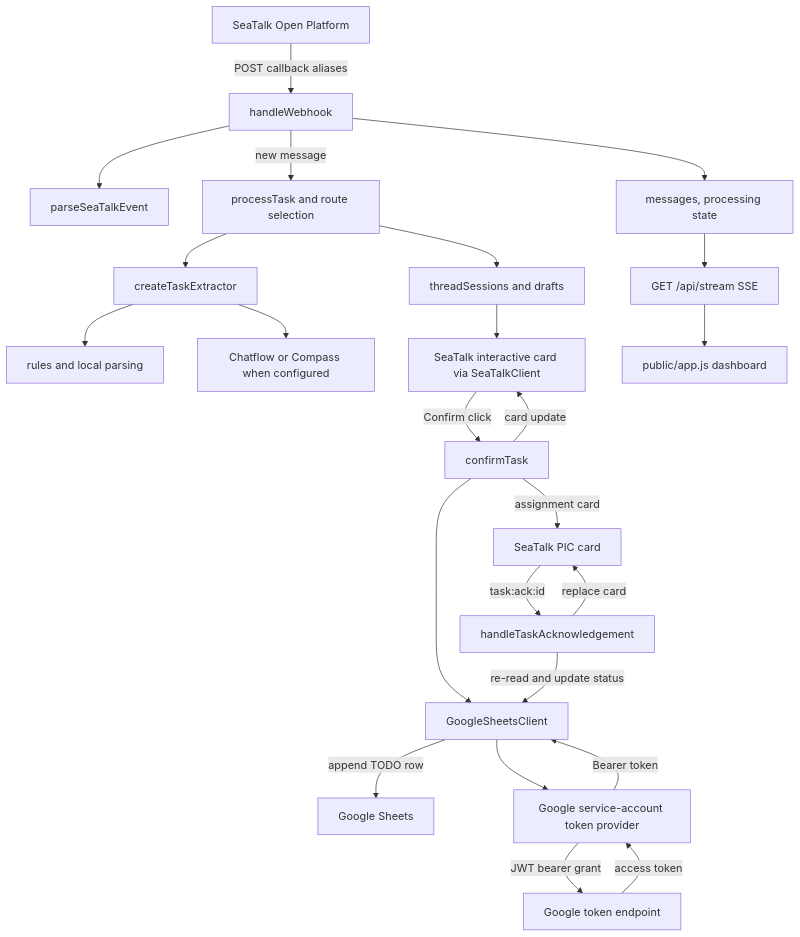
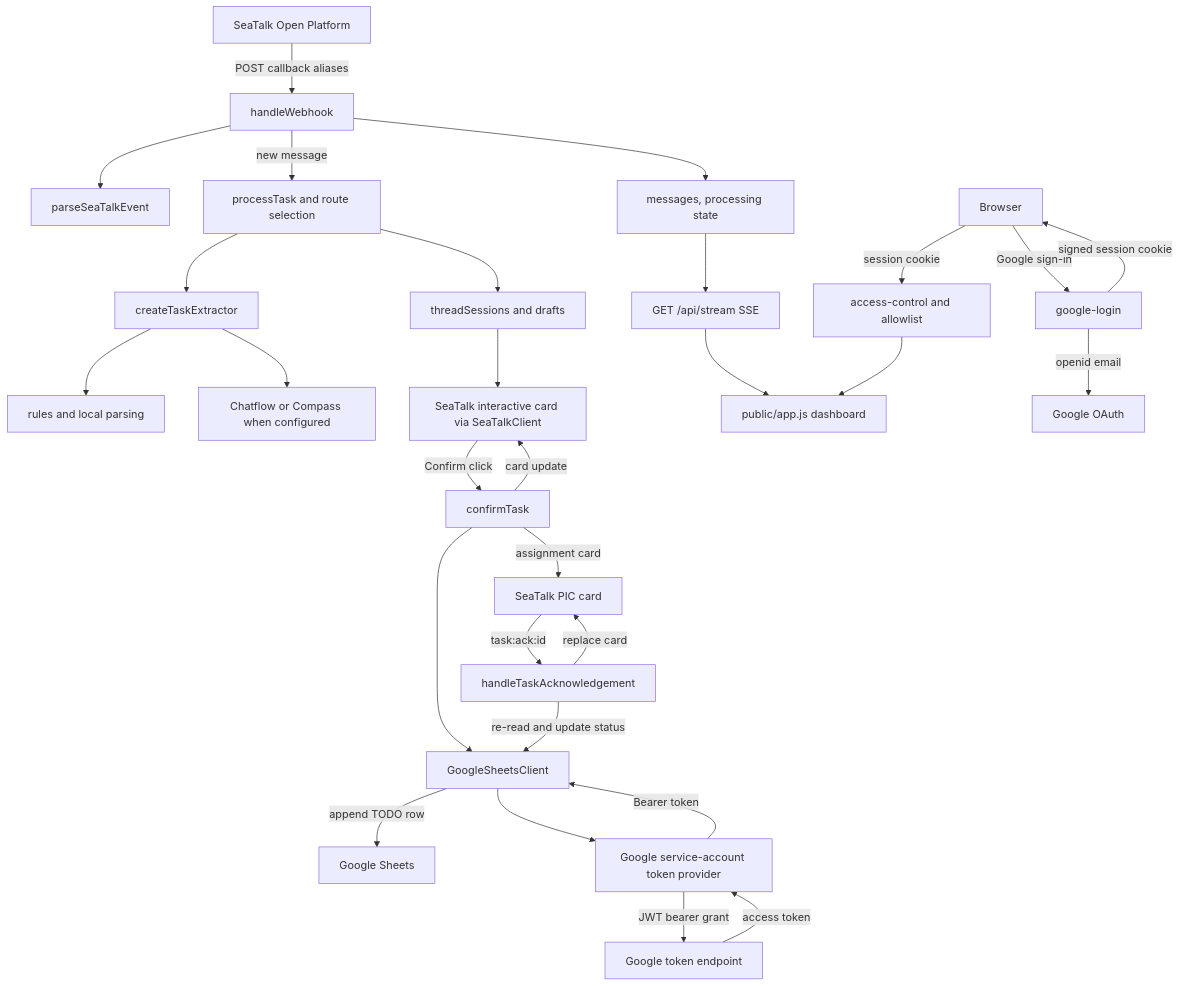
Before and after one commit to baotrangia-ctv/Duck: the diagram in docs/architecture.md, drawn with Mermaid. The commit also changed other lines of this file and 24 other files, not shown here.

First line of the commit message:
feat(auth)!: require allowlisted google login for dashboard and api

````diff
--- a/docs/architecture.md
+++ b/docs/architecture.md
@@ -5,26 +5,31 @@
 ```mermaid
 flowchart TD
   ST[SeaTalk Open Platform] -->|POST callback aliases| WH[handleWebhook]
   WH --> PARSE[parseSeaTalkEvent]
   WH -->|new message| ROUTE[processTask and route selection]
   ROUTE --> EXT[createTaskExtractor]
   EXT --> RULES[rules and local parsing]
   EXT --> CHAT[Chatflow or Compass when configured]
   ROUTE --> SESSION[threadSessions and drafts]
   SESSION --> CARD[SeaTalk interactive card via SeaTalkClient]
   CARD -->|Confirm click| CONF[confirmTask]
   CONF --> GS[GoogleSheetsClient]
   GS -->|append TODO row| SHEET[Google Sheets]
   CONF -->|assignment card| PIC[SeaTalk PIC card]
   PIC -->|task:ack:id| ACK[handleTaskAcknowledgement]
   ACK -->|re-read and update status| GS
   ACK -->|replace card| PIC
   CONF -->|card update| CARD
   WH --> STORE[messages, processing state]
   STORE --> SSE["GET /api/stream SSE"]
   SSE --> DASH[public/app.js dashboard]
   GS --> SA[Google service-account token provider]
   SA -->|JWT bearer grant| GT[Google token endpoint]
   GT -->|access token| SA
   SA -->|Bearer token| GS
+  BROWSER[Browser] -->|session cookie| ACL[access-control and allowlist]
+  ACL --> DASH[public/app.js dashboard]
+  BROWSER -->|Google sign-in| LOGIN[google-login]
+  LOGIN -->|openid email| G[Google OAuth]
+  LOGIN -->|signed session cookie| BROWSER
 ```
````
